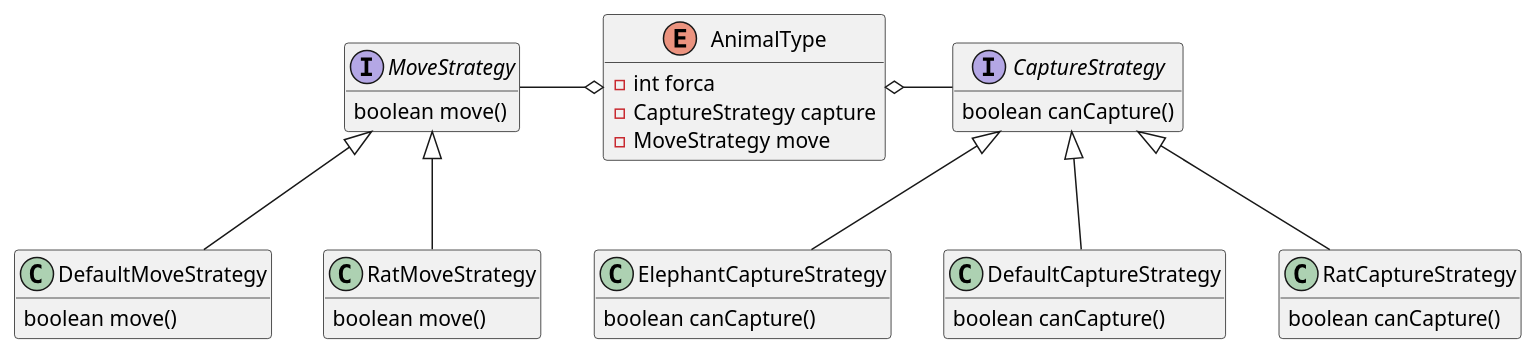
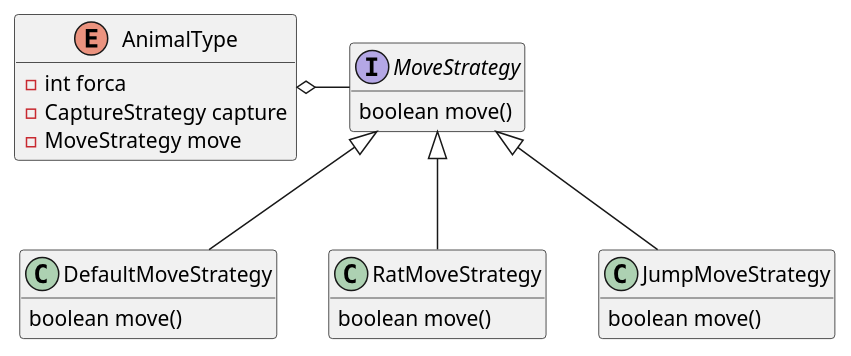
One commit to Brenda-Martinez/projeto-framework-tabuleiro changed the tenth of 12 diagrams in README.md. Above: the diagram before and after it, drawn with PlantUML. The commit also changed other lines of this file and 11 other files, not shown here.

````diff
--- a/README.md
+++ b/README.md
@@ -560,45 +560,32 @@
 ```plantuml
 @startuml
 
 enum AnimalType{
  - int forca
  - CaptureStrategy capture
  - MoveStrategy move
 }
 
 interface MoveStrategy{
     boolean move()
 }
-interface CaptureStrategy{
-    boolean canCapture()
-}
 class DefaultMoveStrategy{
     boolean move()
-}
-class DefaultCaptureStrategy{
-    boolean canCapture()
 }
 class RatMoveStrategy{
     boolean move()
 }
-class RatCaptureStrategy{
-    boolean canCapture()
-}
-class ElephantCaptureStrategy{
-    boolean canCapture()
+class JumpMoveStrategy{
+    boolean move()
 }
 
-AnimalType o- CaptureStrategy
-MoveStrategy -o AnimalType
-
-CaptureStrategy <|-- DefaultCaptureStrategy
-CaptureStrategy <|-- RatCaptureStrategy
-CaptureStrategy <|-- ElephantCaptureStrategy
+AnimalType o- MoveStrategy
 
 MoveStrategy <|-- DefaultMoveStrategy
 MoveStrategy <|-- RatMoveStrategy
+MoveStrategy <|-- JumpMoveStrategy
 
 hide empty attributes
 hide empty methods
 @enduml
 ```
````
